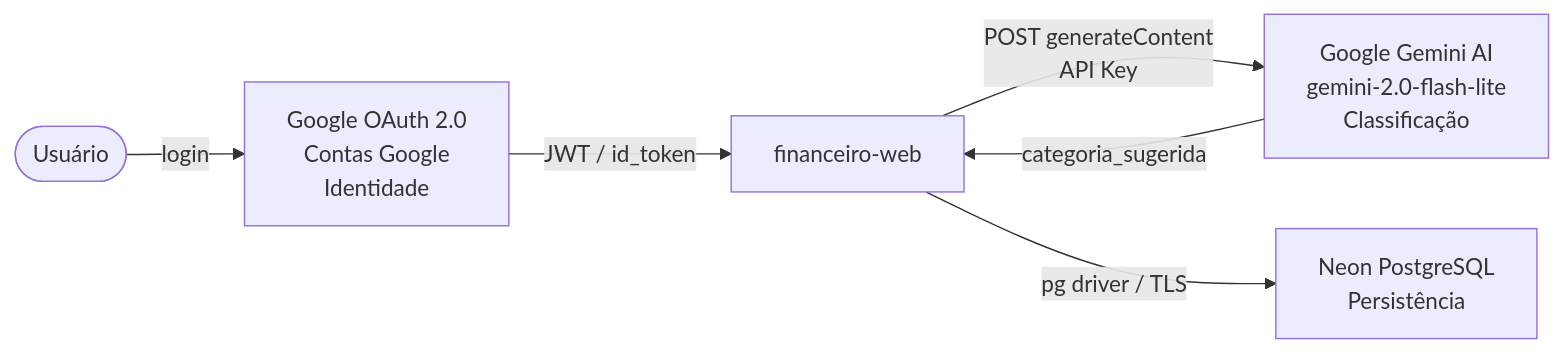
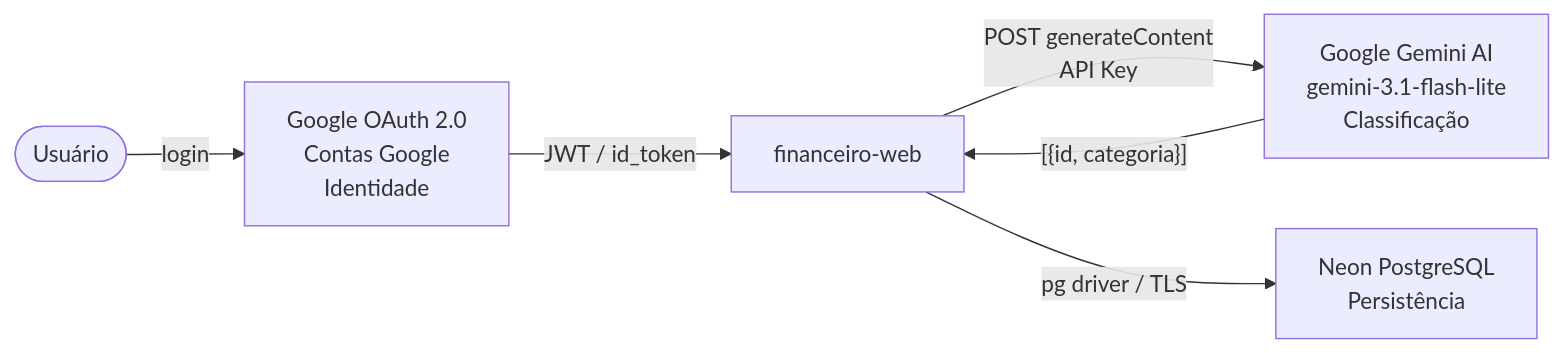
One commit to gersonvan/controleFinanceiro changed the diagram in docs/integracoes-externas.md. Above: the diagram before and after it, drawn with Mermaid. The commit also changed other lines of this file and 10 other files, not shown here.

````diff
--- a/docs/integracoes-externas.md
+++ b/docs/integracoes-externas.md
@@ -62,13 +58,13 @@
 ```mermaid
 flowchart LR
     APP[financeiro-web]
     GOOGLE_AUTH[Google OAuth 2.0\nContas Google\nIdentidade]
-    GEMINI[Google Gemini AI\ngemini-2.0-flash-lite\nClassificação]
+    GEMINI[Google Gemini AI\ngemini-3.1-flash-lite\nClassificação]
     NEON[Neon PostgreSQL\nPersistência]
 
     U([Usuário]) -- "login" --> GOOGLE_AUTH
     GOOGLE_AUTH -- "JWT / id_token" --> APP
     APP -- "POST generateContent\nAPI Key" --> GEMINI
-    GEMINI -- "categoria_sugerida" --> APP
+    GEMINI -- "[{id, categoria}]" --> APP
     APP -- "pg driver / TLS" --> NEON
 ```
````
